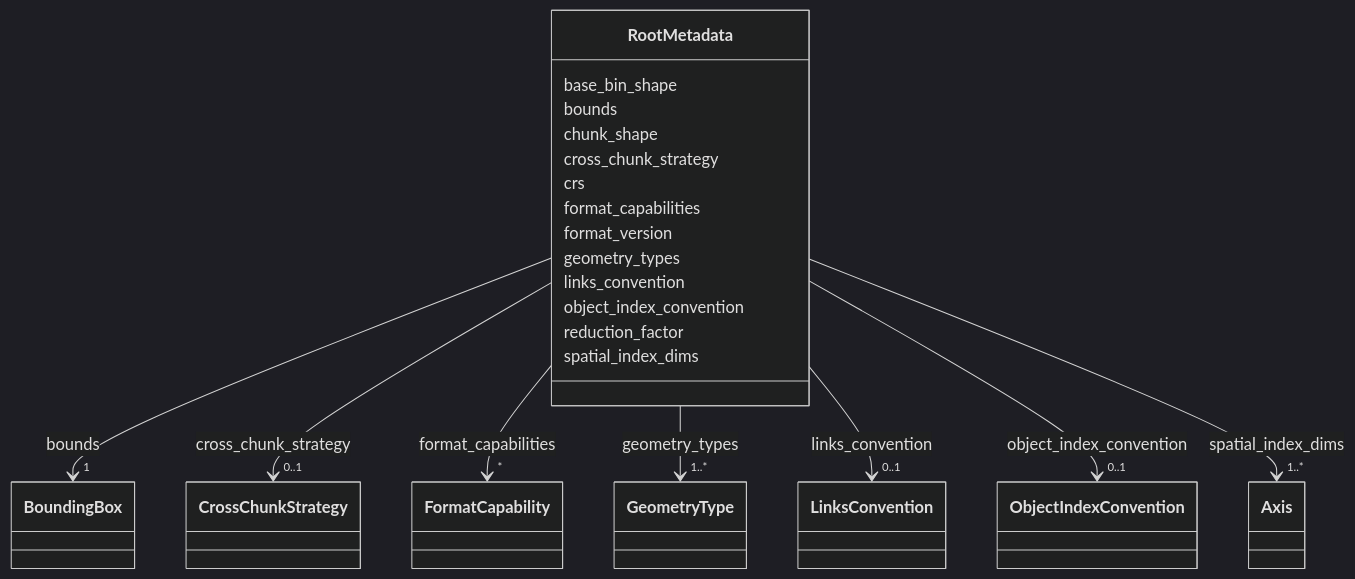
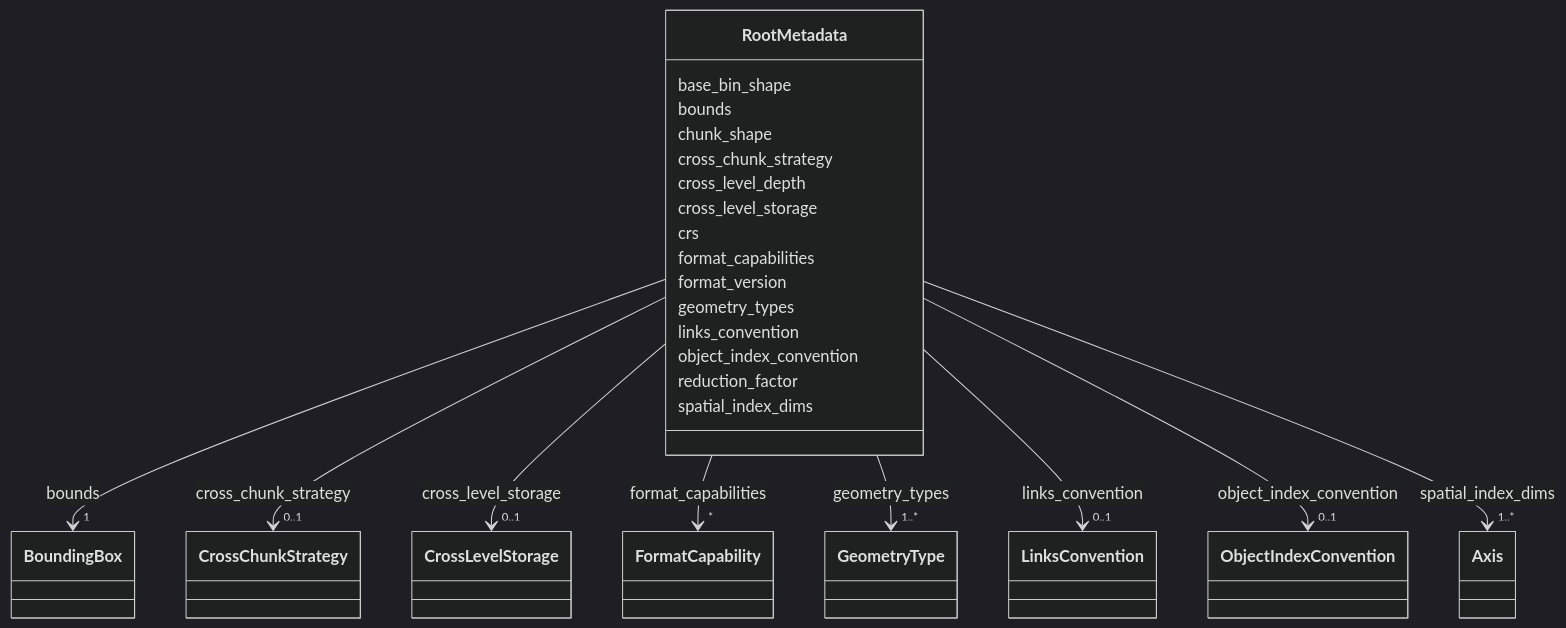
Diagram 16 of 17 in schema/reference.md (BRIDGE-Neuroscience/zarr-vectors-py), drawn with Mermaid (dark theme) before and after one commit. The commit also changed other lines of this file and 125 other files, not shown here.

```diff
--- a/schema/reference.md
+++ b/schema/reference.md
@@ -7799,6 +8893,19 @@
         
         RootMetadata --> "0..1" CrossChunkStrategy : cross_chunk_strategy
         click CrossChunkStrategy href "../CrossChunkStrategy/"
+    
+
+        
+      RootMetadata : cross_level_depth
+        
+      RootMetadata : cross_level_storage
+        
+          
+    
+        
+        
+        RootMetadata --> "0..1" CrossLevelStorage : cross_level_storage
+        click CrossLevelStorage href "../CrossLevelStorage/"
     
 
         
```
